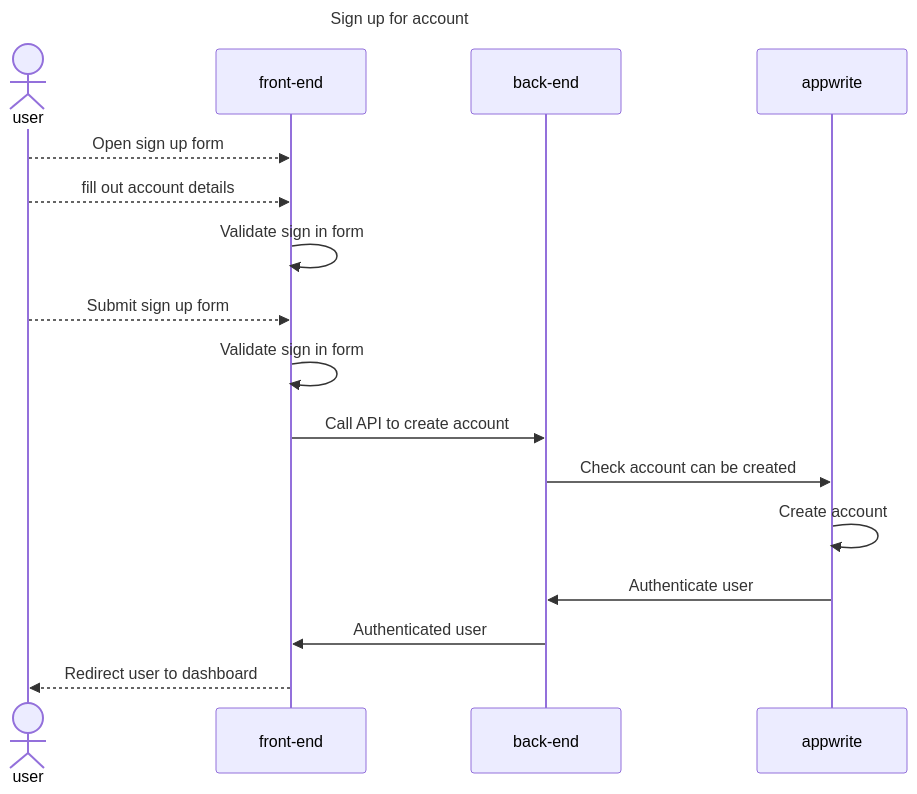
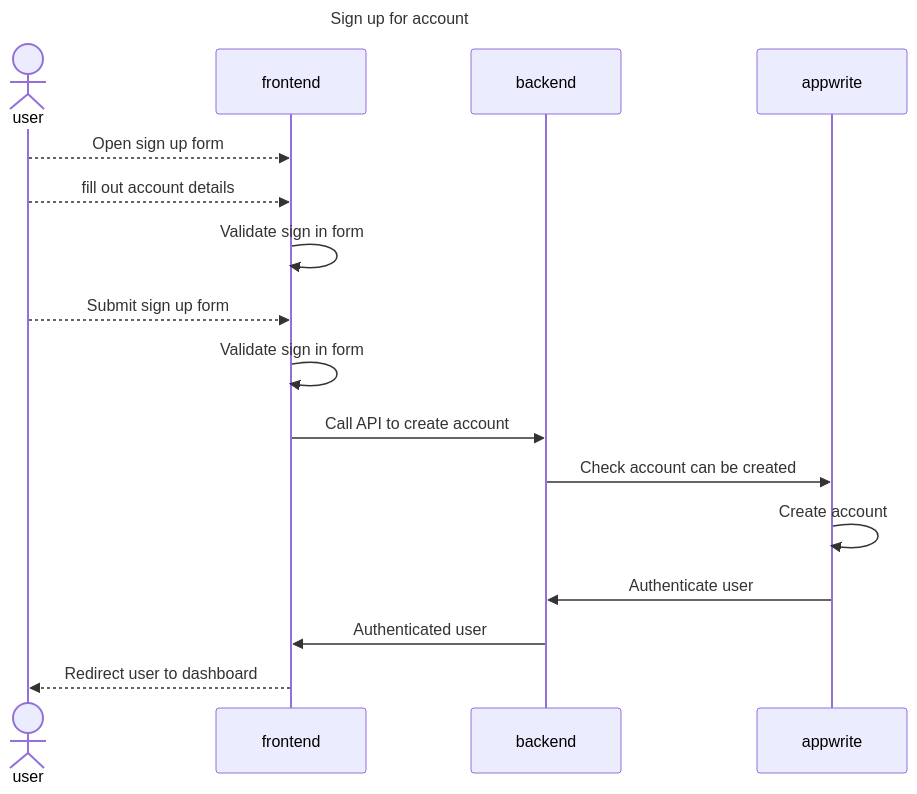
Before and after one commit to colinfwren/atomic-todo: the second of 6 diagrams in docs/user-flows/account/flows/creating-an-account.md, drawn with Mermaid. The commit also changed other lines of this file and 36 other files, not shown here.

Commit message:
Adding diagrams for user flows

````diff
--- a/docs/user-flows/account/flows/creating-an-account.md
+++ b/docs/user-flows/account/flows/creating-an-account.md
@@ -54,22 +55,22 @@
 ```mermaid
 ---
 title: Sign up for account
 ---
 sequenceDiagram
     actor user
-    participant front-end
-    participant back-end
+    participant frontend
+    participant backend
     participant appwrite
 
-    user-->>front-end: Open sign up form
-    user-->>front-end: fill out account details
-    front-end->>front-end: Validate sign in form
-    user-->>front-end: Submit sign up form
-    front-end->>front-end: Validate sign in form
-    front-end->>back-end: Call API to create account
-    back-end->>appwrite: Check account can be created
+    user-->>frontend: Open sign up form
+    user-->>frontend: fill out account details
+    frontend->>frontend: Validate sign in form
+    user-->>frontend: Submit sign up form
+    frontend->>frontend: Validate sign in form
+    frontend->>backend: Call API to create account
+    backend->>appwrite: Check account can be created
     appwrite->>appwrite: Create account
-    appwrite->>back-end: Authenticate user
-    back-end->>front-end: Authenticated user
-    front-end-->>user: Redirect user to dashboard
+    appwrite->>backend: Authenticate user
+    backend->>frontend: Authenticated user
+    frontend-->>user: Redirect user to dashboard
 ```
````
